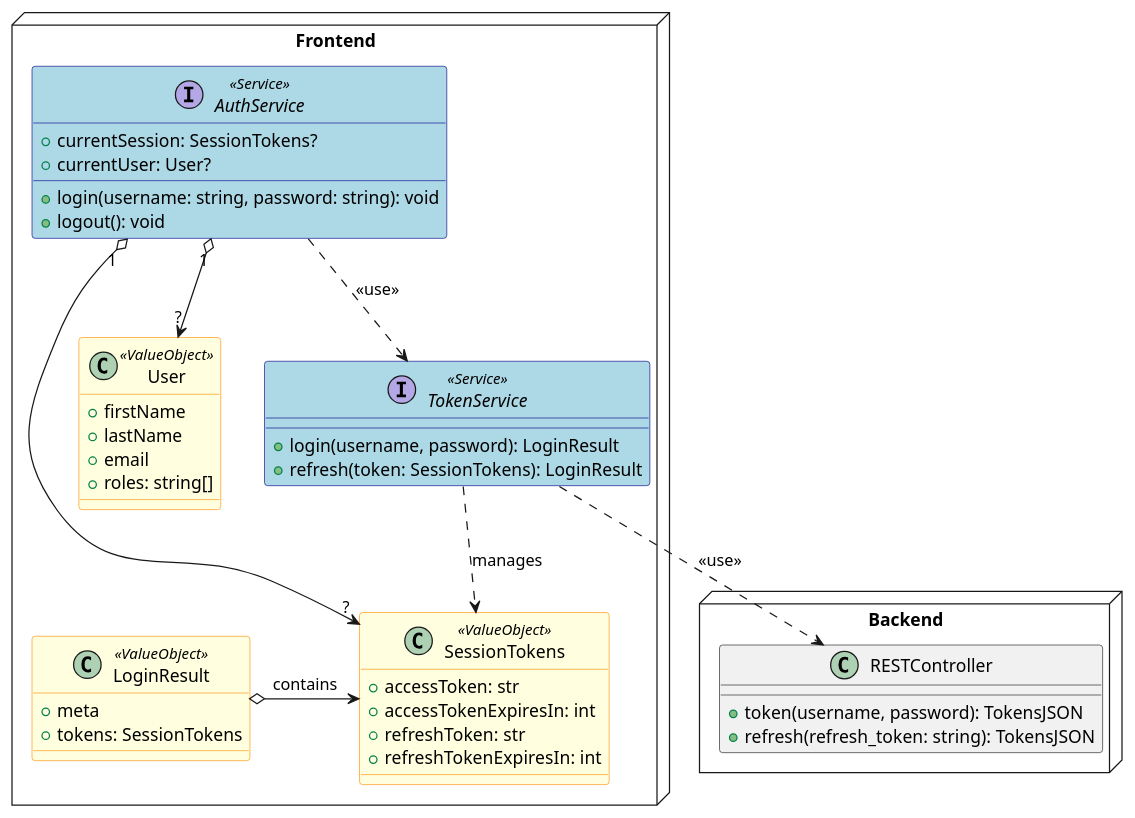
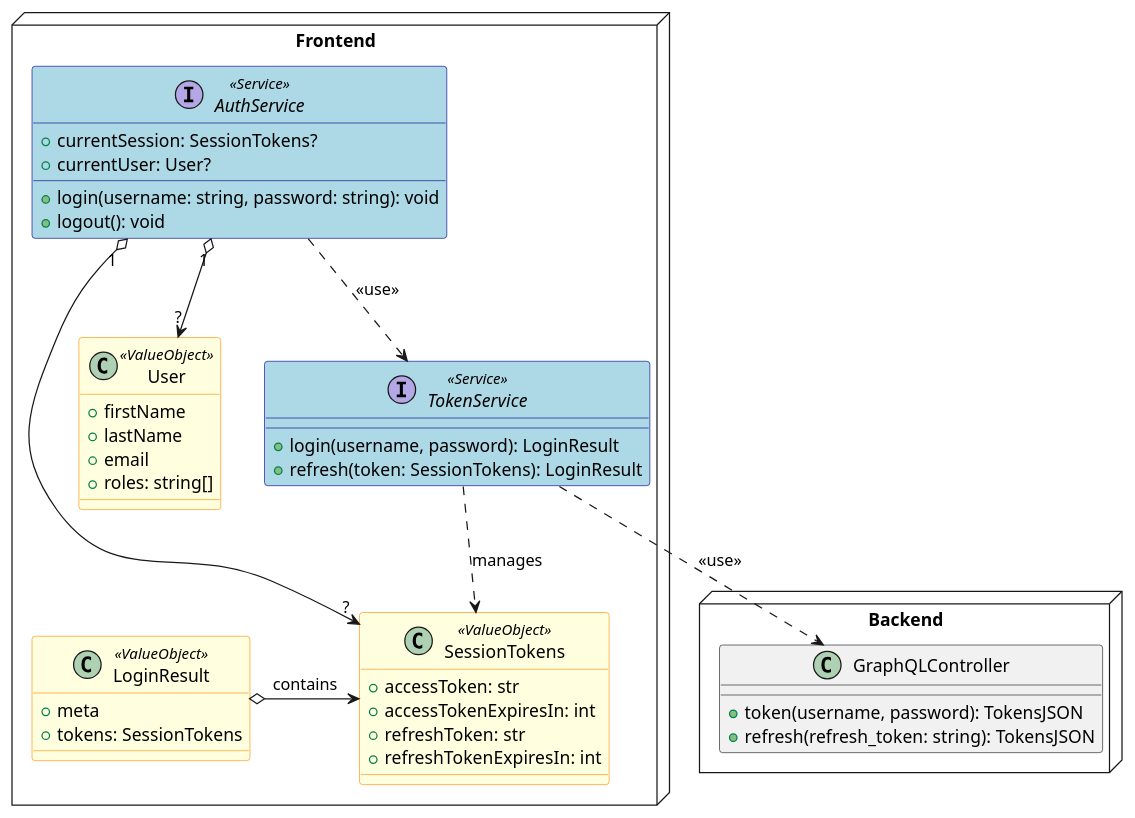
The diagram in docs/authDiagram.puml (buecktobias/swe-buch-frontend), drawn with PlantUML before and after one commit. The commit also changed 8 other files, not shown here.

```diff
--- a/docs/authDiagram.puml
+++ b/docs/authDiagram.puml
@@ -1,59 +1,59 @@
 @startuml
 node Frontend{
 skinparam packageStyle rectangle
 skinparam class {
     BackgroundColor<<Service>> LightBlue
     BorderColor<<Service>> DarkBlue
 }
 
 skinparam class {
     BackgroundColor<<ValueObject>> LightYellow
     BorderColor<<ValueObject>> DarkOrange
 }
 
 
 class User<<ValueObject>>{
     + firstName
     + lastName
     + email
     + roles: string[]
 }
 
 class LoginResult<<ValueObject>>{
     + meta
     + tokens: SessionTokens
 }
 
 class SessionTokens <<ValueObject>>{
     + accessToken: str
     + accessTokenExpiresIn: int
     + refreshToken: str
     + refreshTokenExpiresIn: int
 }
 
 interface AuthService<<Service>>{
     + currentSession: SessionTokens?
     + currentUser: User?
     + login(username: string, password: string): void
     + logout(): void
 }
 
 interface TokenService<<Service>>{
     + login(username, password): LoginResult
     + refresh(token: SessionTokens): LoginResult
 }
 }
 node Backend{
-    class RESTController{
+    class GraphQLController{
         + token(username, password): TokensJSON
         + refresh(refresh_token: string): TokensJSON
     }
 }
 
-TokenService .down.> Backend.RESTController: <<use>>
+TokenService .down.> Backend.GraphQLController: <<use>>
 TokenService ..> SessionTokens: manages
 AuthService ..> TokenService: <<use>>
 AuthService "1" o--> "?" User
 AuthService "1" o--> "?" SessionTokens
 LoginResult o-> SessionTokens: contains
 @enduml
```
